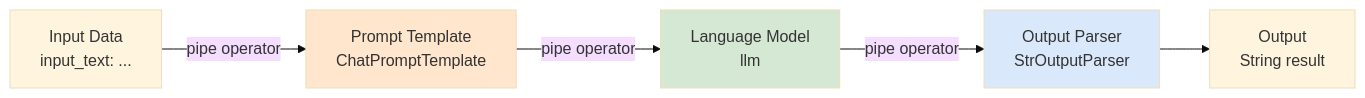
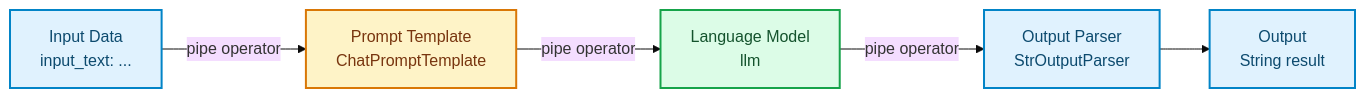
The third of 4 diagrams in docs/05-frameworks/einsteiger-langchain.md (ralf-42/Agenten), drawn with Mermaid (base theme) before and after one commit. The commit also changed other lines of this file and 15 other files, not shown here.

````diff
--- a/docs/05-frameworks/einsteiger-langchain.md
+++ b/docs/05-frameworks/einsteiger-langchain.md
@@ -416,17 +412,19 @@
 ```mermaid
 flowchart LR
     INPUT[Input Data<br/>input_text: ...]
     PROMPT[Prompt Template<br/>ChatPromptTemplate]
     LLM[Language Model<br/>llm]
     PARSER[Output Parser<br/>StrOutputParser]
     OUTPUT[Output<br/>String result]
 
     INPUT -->|pipe operator| PROMPT
     PROMPT -->|pipe operator| LLM
     LLM -->|pipe operator| PARSER
     PARSER --> OUTPUT
 
-    style PROMPT fill:#ffe6cc
-    style LLM fill:#d5e8d4
-    style PARSER fill:#dae8fc
+    classDef default fill:#e0f2fe,stroke:#0284c7,stroke-width:2px,color:#0c4a6e;
+    classDef metric fill:#fef3c7,stroke:#d97706,stroke-width:2px,color:#78350f;
+    classDef output fill:#dcfce7,stroke:#16a34a,stroke-width:2px,color:#14532d;
+    class PROMPT metric;
+    class LLM output;
 ```
````
